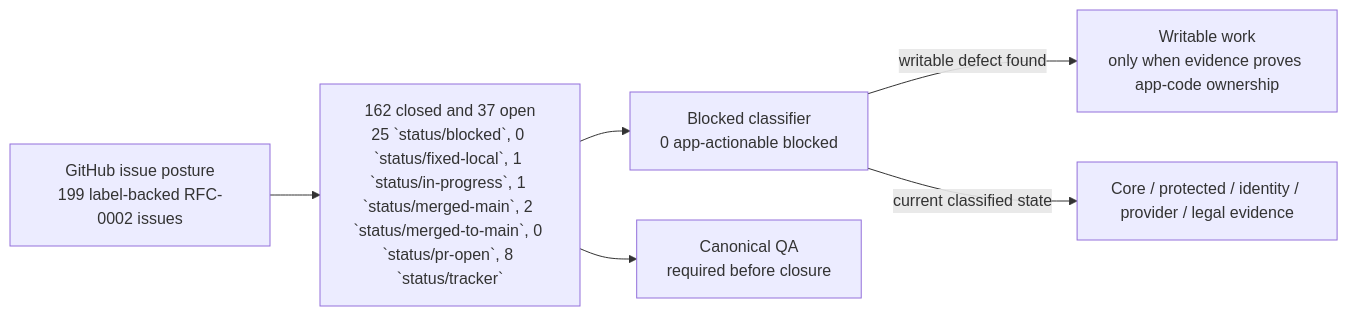
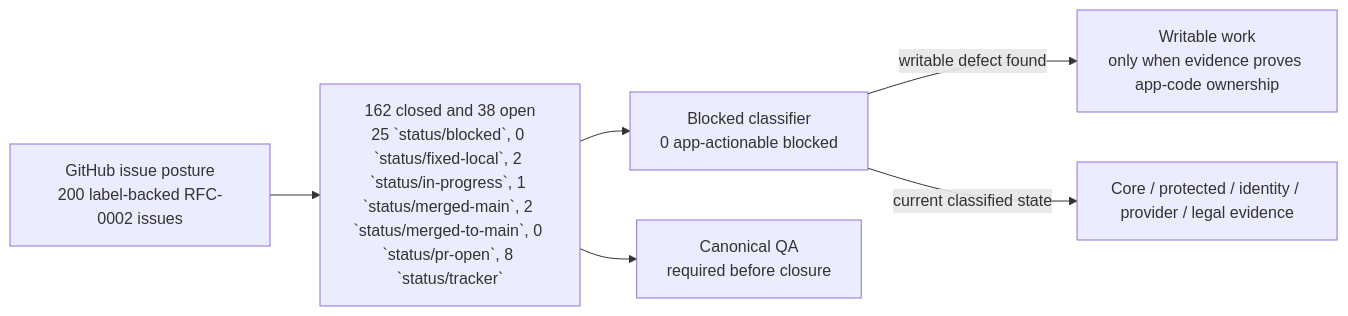
One commit to sgajbi/lotus-idea changed the first of 2 diagrams in wiki/RFC-0002-Execution-Status.md. Above: the diagram before and after it, drawn with Mermaid. The commit also changed other lines of this file and 13 other files, not shown here.

````diff
--- a/wiki/RFC-0002-Execution-Status.md
+++ b/wiki/RFC-0002-Execution-Status.md
@@ -39,15 +39,15 @@
 ```mermaid
 flowchart LR
-    Issues["GitHub issue posture<br/>199 label-backed RFC-0002 issues"]
-    Open["162 closed and 37 open<br/>25 `status/blocked`, 0 `status/fixed-local`, 1 `status/in-progress`, 1 `status/merged-main`, 2 `status/merged-to-main`, 0 `status/pr-open`, 8 `status/tracker`"]
+    Issues["GitHub issue posture<br/>200 label-backed RFC-0002 issues"]
+    Open["162 closed and 38 open<br/>25 `status/blocked`, 0 `status/fixed-local`, 2 `status/in-progress`, 1 `status/merged-main`, 2 `status/merged-to-main`, 0 `status/pr-open`, 8 `status/tracker`"]
     Blocked["Blocked classifier<br/>0 app-actionable blocked"]
     Work["Writable work<br/>only when evidence proves app-code ownership"]
     External["Core / protected / identity / provider / legal evidence"]
     QA["Canonical QA<br/>required before closure"]
 
     Issues --> Open
     Open --> Blocked
     Blocked -->|"writable defect found"| Work
     Blocked -->|"current classified state"| External
     Open --> QA
 ```
````
